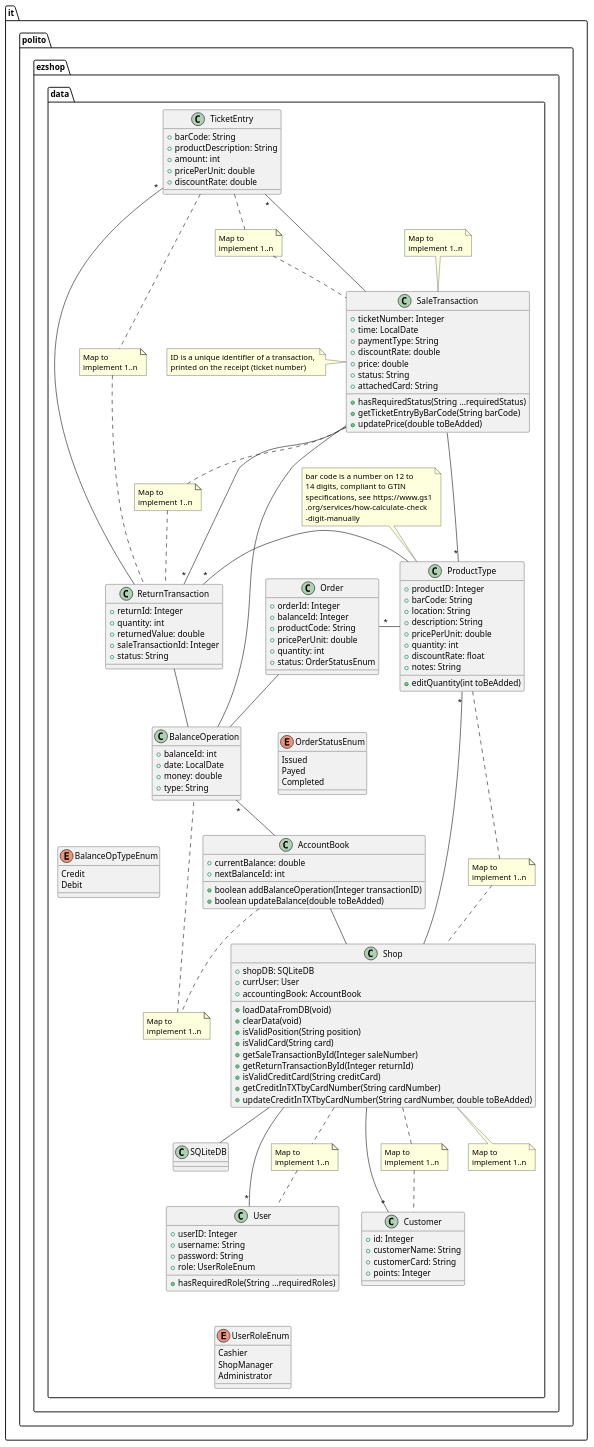
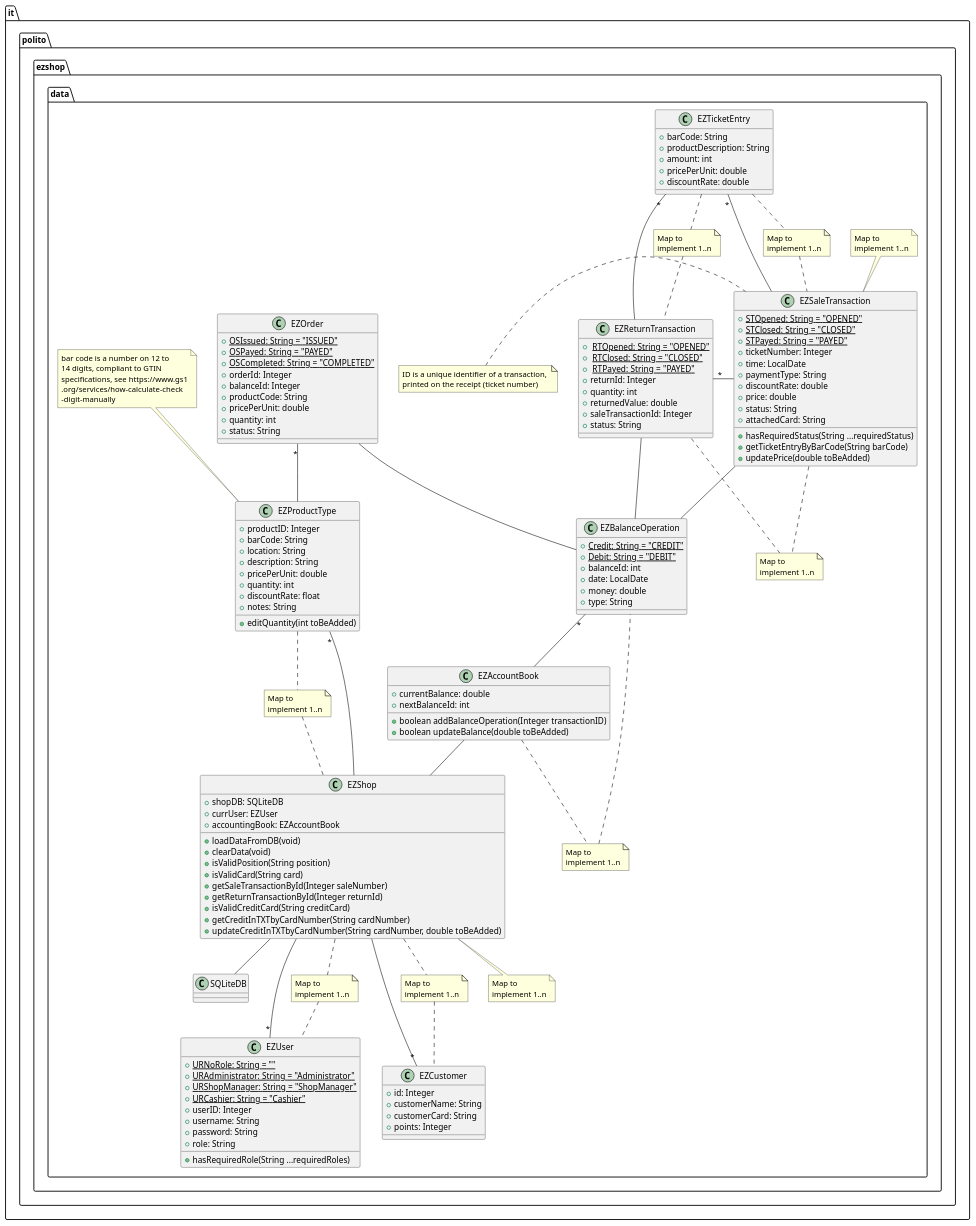
The third of 24 diagrams in Deliverables/DesignDocument.md (Stormz4/group20-EzShop), drawn with PlantUML before and after one commit. The commit also changed other lines of this file and 3 other files, not shown here.

````diff
--- a/Deliverables/DesignDocument.md
+++ b/Deliverables/DesignDocument.md
@@ -152,10 +153,10 @@
 ```plantuml
 @startuml
 package it.polito.ezshop.data{
-class Shop{
+class EZShop{
     +shopDB: SQLiteDB
-    +currUser: User
-    +accountingBook: AccountBook
+    +currUser: EZUser
+    +accountingBook: EZAccountBook
     +loadDataFromDB(void)
     +clearData(void)
     +isValidPosition(String position)
@@ -170,9 +171,9 @@
 Class SQLiteDB {
     
 }
-Shop -- SQLiteDB
+EZShop -- SQLiteDB
 
-class ProductType{
+class EZProductType{
     +productID: Integer
     +barCode: String
     +location: String
@@ -184,55 +185,48 @@
     +editQuantity(int toBeAdded)
 }
 
-class User{
+class EZUser{
+    +<u>URNoRole: String = ""
+    +<u>URAdministrator: String = "Administrator"
+    +<u>URShopManager: String = "ShopManager"
+    +<u>URCashier: String = "Cashier"
     +userID: Integer
     +username: String
     +password: String
-    +role: UserRoleEnum
+    +role: String
     +hasRequiredRole(String ...requiredRoles)
 }
 
-Enum UserRoleEnum {
-    Cashier
-    ShopManager
-    Administrator
-}
 
-User -[hidden]-> UserRoleEnum
+EZShop -- "*" EZUser
 
-Shop -- "*" User
-
-class AccountBook {
+class EZAccountBook {
  +currentBalance: double
  +nextBalanceId: int
  +boolean addBalanceOperation(Integer transactionID)
  +boolean updateBalance(double toBeAdded)
  }
-AccountBook -down- Shop
-class BalanceOperation {
+EZAccountBook -down- EZShop
+class EZBalanceOperation {
+ +<u>Credit: String = "CREDIT"
+ +<u>Debit: String = "DEBIT"
  +balanceId: int
  +date: LocalDate 
  +money: double
  +type: String
 }
-AccountBook -up- "*" BalanceOperation
+EZAccountBook -up- "*" EZBalanceOperation
 
-Enum BalanceOpTypeEnum {
-    Credit
-    Debit
-}
+EZOrder -- EZBalanceOperation
+EZSaleTransaction -- EZBalanceOperation
+EZReturnTransaction -- EZBalanceOperation
 
-BalanceOperation -[hidden]-> BalanceOpTypeEnum
+EZShop -down- "*" EZProductType
 
-Order -- BalanceOperation
-SaleTransaction -- BalanceOperation
-ReturnTransaction -- BalanceOperation
-
-
-
-Shop -down- "*" ProductType
-
-class SaleTransaction {
+class EZSaleTransaction {
+    +<u>STOpened: String = "OPENED"
+    +<u>STClosed: String = "CLOSED" 
+    +<u>STPayed: String = "PAYED"
     +ticketNumber: Integer
     +time: LocalDate
     +paymentType: String
@@ -244,47 +238,42 @@
     +getTicketEntryByBarCode(String barCode)
     +updatePrice(double toBeAdded)
 }
-SaleTransaction - "*" ProductType
 
-class TicketEntry {
+class EZTicketEntry {
     +barCode: String
     +productDescription: String
     +amount: int
     +pricePerUnit: double
     +discountRate: double
 }
-SaleTransaction -up-"*" TicketEntry
-ReturnTransaction -up-"*" TicketEntry
+EZSaleTransaction -up-"*" EZTicketEntry
+EZReturnTransaction -up-"*" EZTicketEntry
 
-class Customer {
+class EZCustomer {
     +id: Integer
     +customerName: String
     +customerCard: String
     +points: Integer
 }
 
-
-class Order {
+class EZOrder {
+  +<u>OSIssued: String = "ISSUED"
+  +<u>OSPayed: String = "PAYED"
+  +<u>OSCompleted: String = "COMPLETED"
   +orderId: Integer  
   +balanceId: Integer
   +productCode: String
   +pricePerUnit: double
   +quantity: int
-  +status: OrderStatusEnum
+  +status: String
 }
 
-Order "*" - ProductType
+EZOrder "*" - EZProductType
 
-Enum OrderStatusEnum {
-    Issued
-    Payed
-    Completed
-}
-
-Order -[hidden]-> OrderStatusEnum
-
-
-class ReturnTransaction {
+class EZReturnTransaction {
+  +<u> RTOpened: String = "OPENED"
+  +<u> RTClosed: String = "CLOSED"
+  +<u> RTPayed: String = "PAYED"
   +returnId: Integer  
   +quantity: int
   +returnedValue: double
@@ -292,15 +281,14 @@
   +status: String
 }
 
-Shop -down- "*" Customer
+EZShop -down- "*" EZCustomer
 
-ReturnTransaction "*" - SaleTransaction
-ReturnTransaction "*" - ProductType
+EZReturnTransaction "*" - EZSaleTransaction
 
 note "bar code is a number on 12 to \n14 digits, compliant to GTIN \nspecifications, see https://www.gs1\n.org/services/how-calculate-check\n-digit-manually " as N2  
-N2 .. ProductType
+N2 .. EZProductType
 note "ID is a unique identifier of a transaction, \nprinted on the receipt (ticket number) " as N3
-N3 .right. SaleTransaction
+N3 .right. EZSaleTransaction
 
 note "Map to \nimplement 1..n" as N6
 note "Map to \nimplement 1..n" as N7
@@ -313,22 +301,22 @@
 note "Map to \nimplement 1..n" as N14
 
 
-AccountBook .. N6
-N6 .. BalanceOperation
-Shop .. N7
-N7 .. Customer
-N8 .. SaleTransaction
-ProductType .. N9
-N9 .. Shop
-Shop .. N10
-N10 .. User
-Shop .. N11
-SaleTransaction .. N12
-N12 .. ReturnTransaction
-TicketEntry .. N13
-N13 .. SaleTransaction
-TicketEntry .. N14
-N14 .. ReturnTransaction
+EZAccountBook .. N6
+N6 .. EZBalanceOperation
+EZShop .. N7
+N7 .. EZCustomer
+N8 .. EZSaleTransaction
+EZProductType .. N9
+N9 .. EZShop
+EZShop .. N10
+N10 .. EZUser
+EZShop .. N11
+EZSaleTransaction .. N12
+N12 .. EZReturnTransaction
+EZTicketEntry .. N13
+N13 .. EZSaleTransaction
+EZTicketEntry .. N14
+N14 .. EZReturnTransaction
 }
 @enduml
 ```
````
